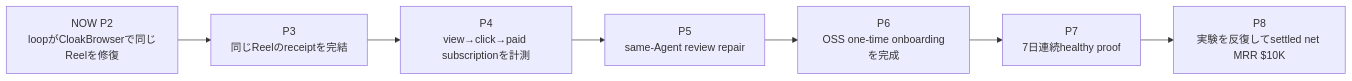
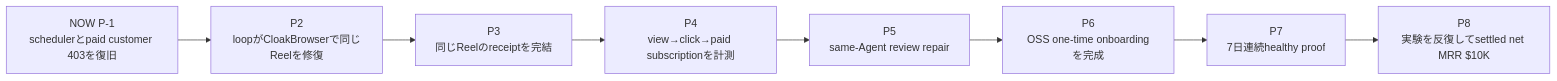
Before and after one commit to Daisuke134/anicca: the first of 4 diagrams in specs/29-CAPAFY-10K-MRR-CLOSED-LOOP.md, drawn with Mermaid. The commit also changed other lines of this file and 15 other files, not shown here.

````diff
--- a/specs/29-CAPAFY-10K-MRR-CLOSED-LOOP.md
+++ b/specs/29-CAPAFY-10K-MRR-CLOSED-LOOP.md
@@ -13,9 +13,10 @@
 ```mermaid
 flowchart LR
-  NOW["NOW P2<br/>loopがCloakBrowserで同じReelを修復"] --> NEXT3["P3<br/>同じReelのreceiptを完結"]
+  NOW["NOW P-1<br/>schedulerとpaid customer 403を復旧"] --> NEXT2["P2<br/>loopがCloakBrowserで同じReelを修復"]
+  NEXT2 --> NEXT3["P3<br/>同じReelのreceiptを完結"]
   NEXT3 --> LEARN["P4<br/>view→click→paid subscriptionを計測"]
   LEARN --> SUPPLY["P5<br/>same-Agent review repair"]
   SUPPLY --> OSS["P6<br/>OSS one-time onboardingを完成"]
   OSS --> PROOF["P7<br/>7日連続healthy proof"]
   PROOF --> MRR["P8<br/>実験を反復してsettled net MRR $10K"]
 ```
````
